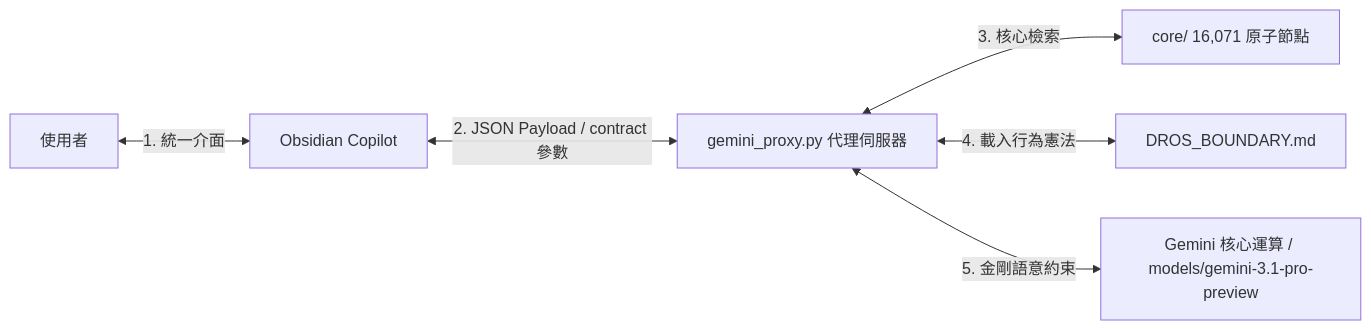
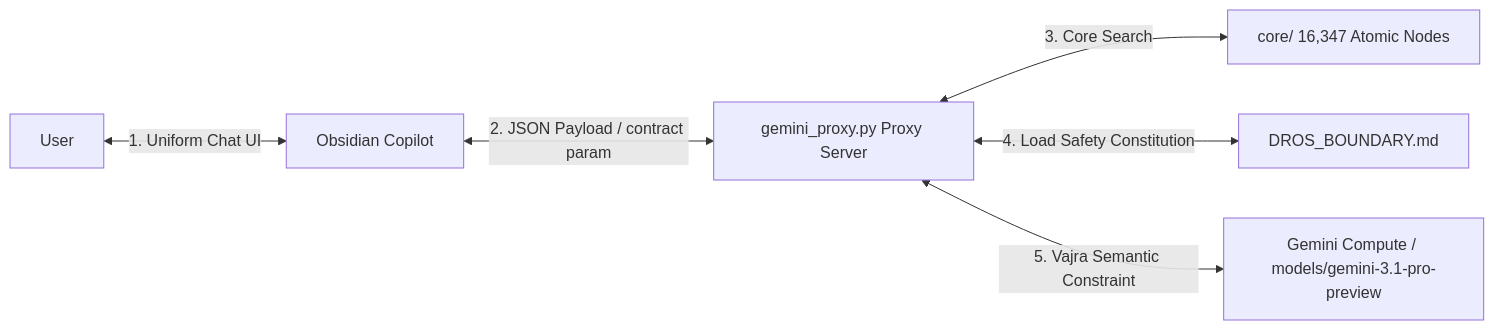
The third of 3 diagrams in docs/ARCHITECTURE_v7.md (Top-Celestial-Company-Ltd/Dharma-Reasoning-Operating-System), drawn with Mermaid before and after one commit. The commit also changed other lines of this file and 702 other files, not shown here.

````diff
--- a/docs/ARCHITECTURE_v7.md
+++ b/docs/ARCHITECTURE_v7.md
@@ -168,8 +170,8 @@
 ```mermaid
 graph LR
-    User[使用者] <-->|1. 統一介面| Obsidian[Obsidian Copilot]
-    Obsidian <-->|2. JSON Payload / contract 參數| Proxy[gemini_proxy.py 代理伺服器]
-    Proxy <-->|3. 核心檢索| Core[core/ 16,071 原子節點]
-    Proxy <-->|4. 載入行為憲法| Boundary[DROS_BOUNDARY.md]
-    Proxy <-->|5. 金剛語意約束| LLM[Gemini 核心運算 / models/gemini-3.1-pro-preview]
+    User[User] <-->|1. Uniform Chat UI| Obsidian[Obsidian Copilot]
+    Obsidian <-->|2. JSON Payload / contract param| Proxy[gemini_proxy.py Proxy Server]
+    Proxy <-->|3. Core Search| Core[core/ 16,347 Atomic Nodes]
+    Proxy <-->|4. Load Safety Constitution| Boundary[DROS_BOUNDARY.md]
+    Proxy <-->|5. Vajra Semantic Constraint| LLM[Gemini Compute / models/gemini-3.1-pro-preview]
 ```
````
